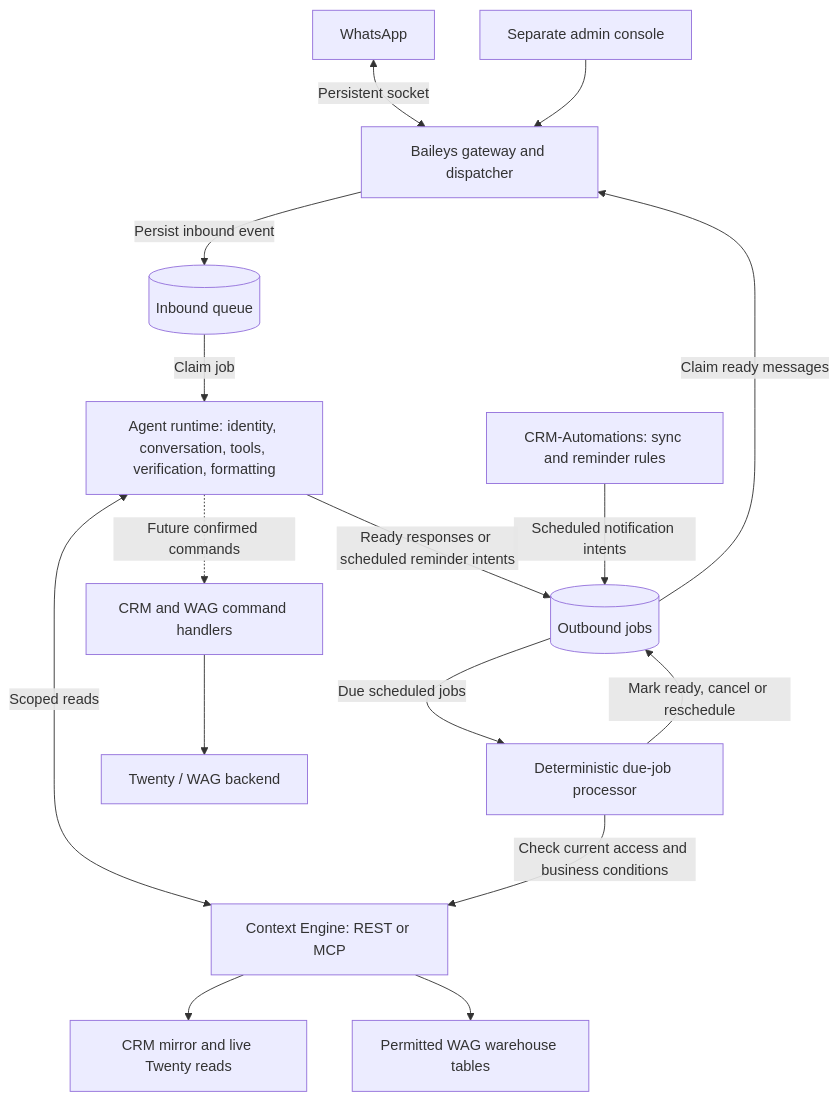
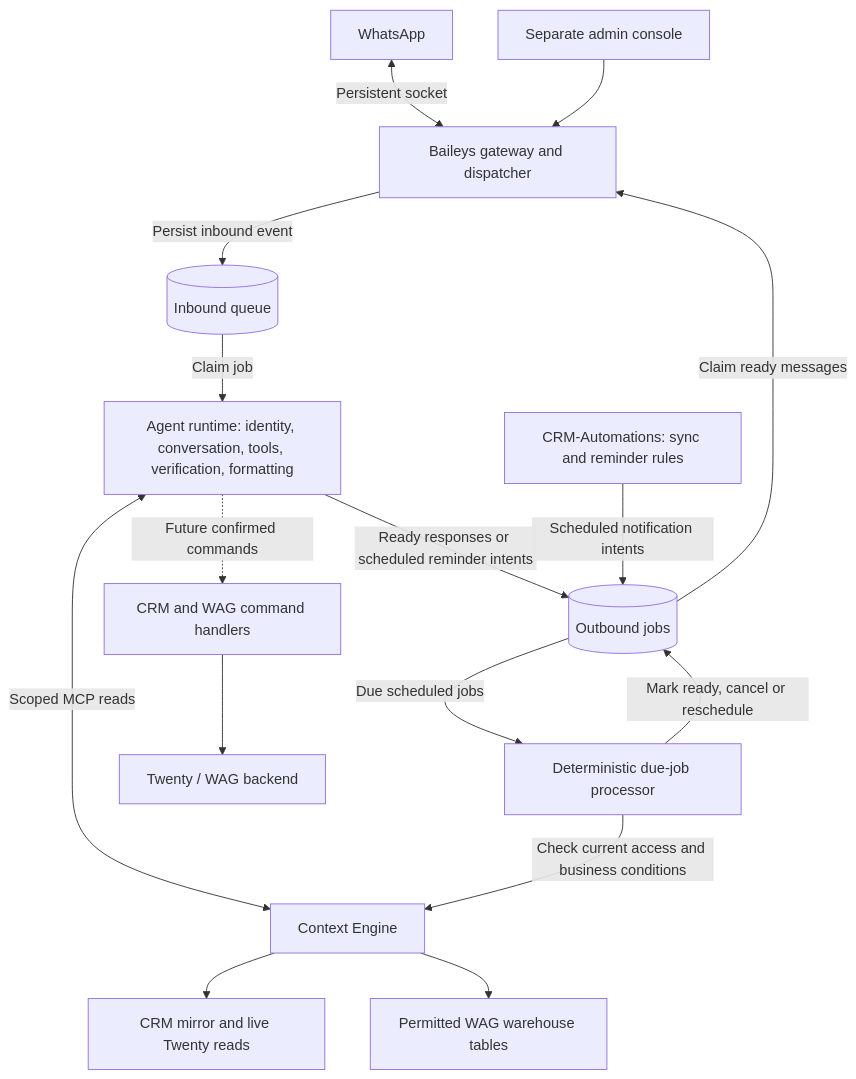
One commit to rs0125/ramesh-bot changed the first of 2 diagrams in docs/assistant-architecture-plan.md. Above: the diagram before and after it, drawn with Mermaid. The commit also changed other lines of this file and 7 other files, not shown here.

Commit message:
docs: synchronize Ramesh architecture, queues, MCP, and operations

````diff
--- a/docs/assistant-architecture-plan.md
+++ b/docs/assistant-architecture-plan.md
@@ -144,20 +150,20 @@
 ```mermaid
 flowchart TD
     WA[WhatsApp] <-->|Persistent socket| B[Baileys gateway and dispatcher]
     A[Separate admin console] --> B
     B -->|Persist inbound event| IN[(Inbound queue)]
     IN -->|Claim job| T[Agent runtime: identity, conversation, tools, verification, formatting]
-    T <-->|Scoped reads| C[Context Engine: REST or MCP]
+    T <-->|Scoped MCP reads| C[Context Engine]
     C --> CRM[CRM mirror and live Twenty reads]
     C --> S[Permitted WAG warehouse tables]
 
     T -->|Ready responses or scheduled reminder intents| OUT[(Outbound jobs)]
     CA[CRM-Automations: sync and reminder rules] -->|Scheduled notification intents| OUT
     OUT -->|Due scheduled jobs| DUE[Deterministic due-job processor]
     DUE -->|Check current access and business conditions| C
     DUE -->|Mark ready, cancel or reschedule| OUT
     OUT -->|Claim ready messages| B
 
     T -. Future confirmed commands .-> W[CRM and WAG command handlers]
     W --> SYS[Twenty / WAG backend]
 ```
````
